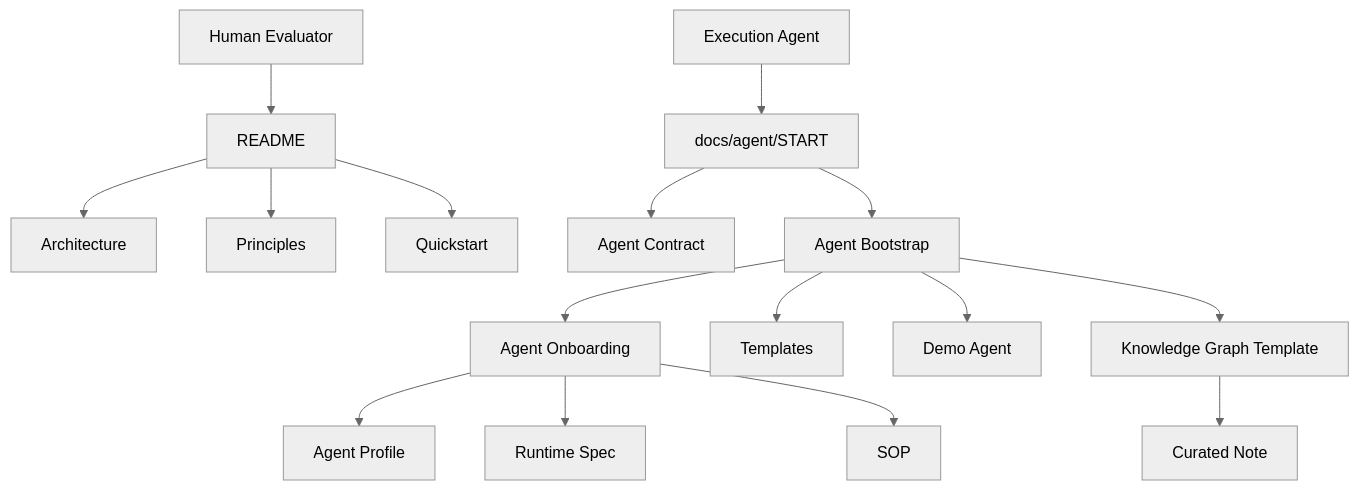
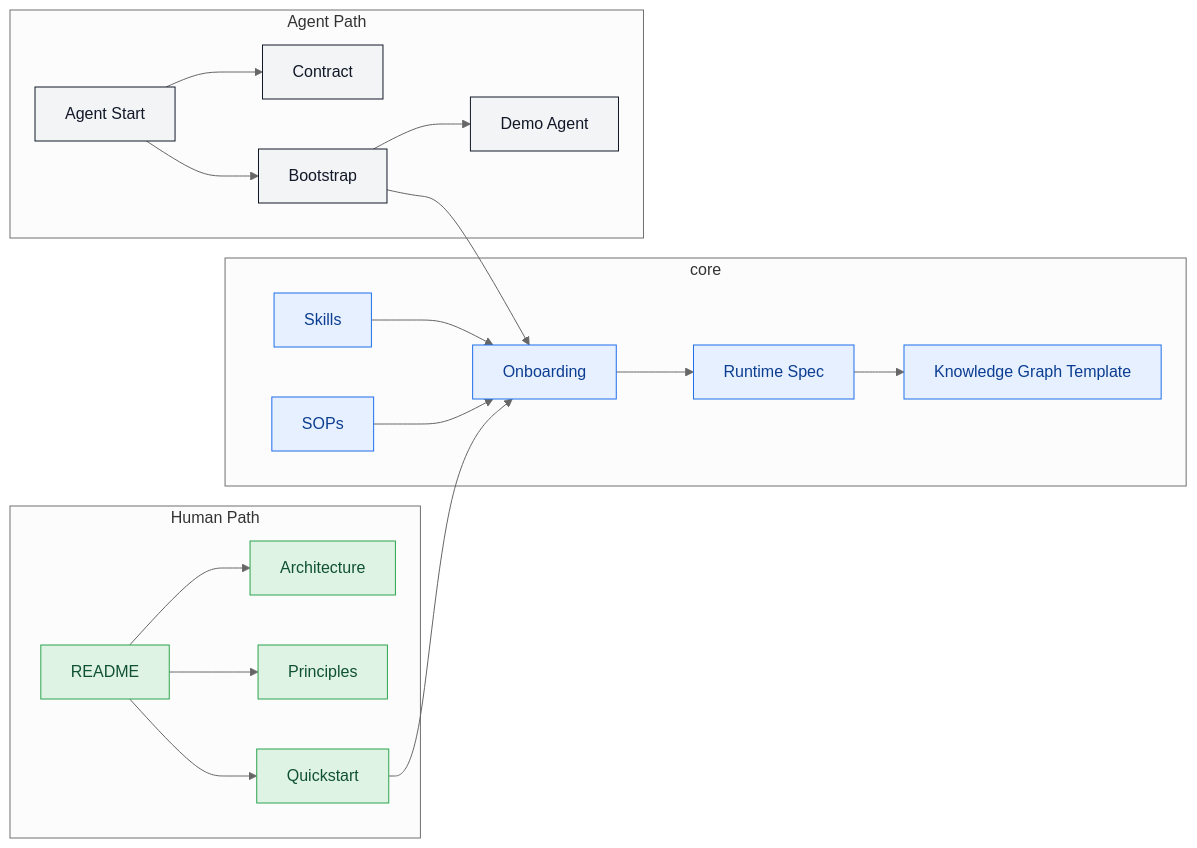
Before and after one commit to zinan92/agent-core: the first of 3 diagrams in README.md, drawn with Mermaid (neutral theme). The commit also changed other lines of this file, not shown here.

Commit message:
docs: redesign README hero and overview

````diff
--- a/README.md
+++ b/README.md
@@ -111,22 +41,45 @@
 ```mermaid
-flowchart TD
-    HUMAN[Human Evaluator] --> README[README]
-    AGENT[Execution Agent] --> START[docs/agent/START]
+flowchart LR
+    subgraph H[Human Path]
+        H1[README]
+        H2[Architecture]
+        H3[Principles]
+        H4[Quickstart]
+        H1 --> H2
+        H1 --> H3
+        H1 --> H4
+    end
 
-    README --> ARCH[Architecture]
-    README --> PRINC[Principles]
-    README --> QUICK[Quickstart]
+    subgraph C[core]
+        C1[Onboarding]
+        C2[Skills]
+        C3[SOPs]
+        C4[Runtime Spec]
+        C5[Knowledge Graph Template]
+        C1 --> C4
+        C2 --> C1
+        C3 --> C1
+        C4 --> C5
+    end
 
-    START --> CONTRACT[Agent Contract]
-    START --> BOOT[Agent Bootstrap]
+    subgraph A[Agent Path]
+        A1[Agent Start]
+        A2[Contract]
+        A3[Bootstrap]
+        A4[Demo Agent]
+        A1 --> A2
+        A1 --> A3
+        A3 --> A4
+    end
 
-    BOOT --> ONBOARD[Agent Onboarding]
-    BOOT --> TEMPLATES[Templates]
-    BOOT --> DEMO[Demo Agent]
-    BOOT --> KG[Knowledge Graph Template]
+    H4 --> C1
+    A3 --> C1
 
-    ONBOARD --> PROFILE[Agent Profile]
-    ONBOARD --> SPEC[Runtime Spec]
-    ONBOARD --> SOP[SOP]
-    KG --> NOTE[Curated Note]
+    classDef human fill:#dff3e4,stroke:#2da44e,color:#0f5132
+    classDef core fill:#e7f0ff,stroke:#1f6feb,color:#0b3d91
+    classDef agent fill:#f3f4f6,stroke:#111827,color:#111827
+
+    class H1,H2,H3,H4 human
+    class C1,C2,C3,C4,C5 core
+    class A1,A2,A3,A4 agent
 ```
````
